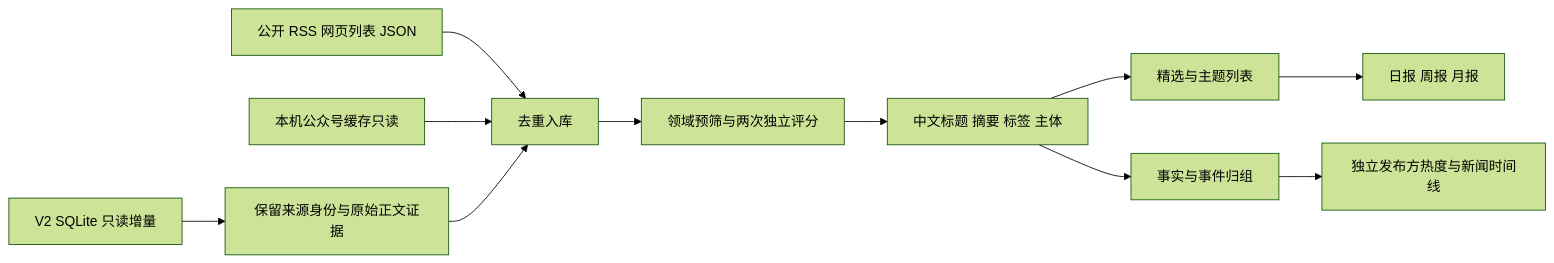
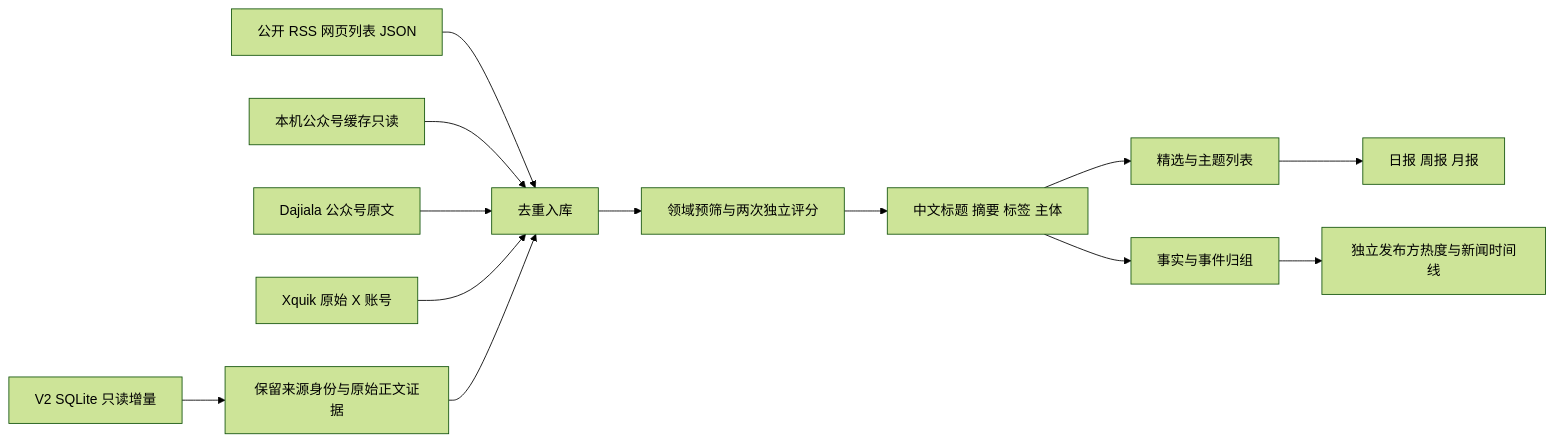
Before and after one commit to CosmosHWPG/AIHOT: the diagram in README.md, drawn with Mermaid (forest theme). The commit also changed other lines of this file and 39 other files, not shown here.

````diff
--- a/README.md
+++ b/README.md
@@ -28,13 +28,15 @@
 ```mermaid
 flowchart LR
   V[V2 SQLite 只读增量] --> B[保留来源身份与原始正文证据]
   R[公开 RSS 网页列表 JSON] --> I[去重入库]
   W[本机公众号缓存只读] --> I
+  M[Dajiala 公众号原文] --> I
+  X[Xquik 原始 X 账号] --> I
   B --> I
   I --> P[领域预筛与两次独立评分]
   P --> C[中文标题 摘要 标签 主体]
   C --> T[精选与主题列表]
   C --> E[事实与事件归组]
   E --> H[独立发布方热度与新闻时间线]
   T --> D[日报 周报 月报]
 ```
````
